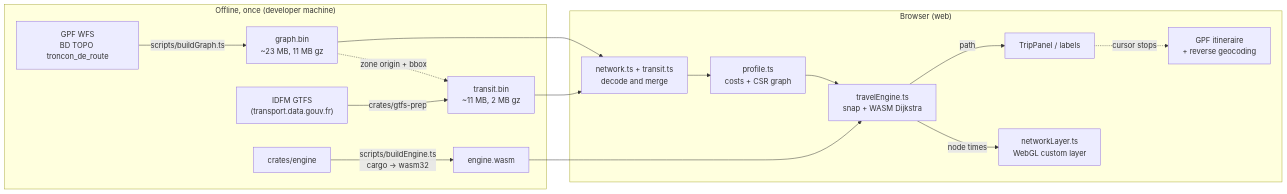
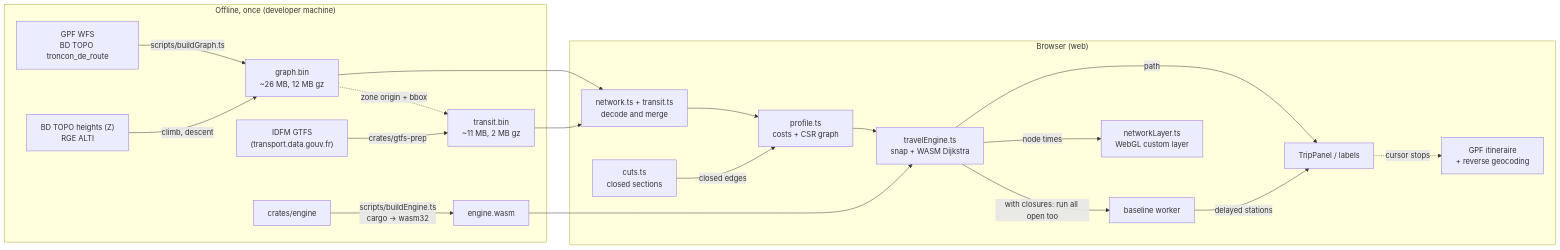
The first of 2 diagrams in docs/architecture.md (IGNF/geo-reach), drawn with Mermaid before and after one commit. The commit also changed other lines of this file and 64 other files, not shown here.

````diff
--- a/docs/architecture.md
+++ b/docs/architecture.md
@@ -9,21 +9,25 @@
 ```mermaid
 flowchart LR
   subgraph prep["Offline, once (developer machine)"]
-    WFS["GPF WFS<br/>BD TOPO troncon_de_route"] -->|scripts/buildGraph.ts| G[graph.bin<br/>~23 MB, 11 MB gz]
+    WFS["GPF WFS<br/>BD TOPO troncon_de_route"] -->|scripts/buildGraph.ts| G[graph.bin<br/>~26 MB, 12 MB gz]
+    Z["BD TOPO heights (Z)<br/>RGE ALTI"] -->|climb, descent| G
     GTFS["IDFM GTFS<br/>(transport.data.gouv.fr)"] -->|crates/gtfs-prep| T[transit.bin<br/>~11 MB, 2 MB gz]
     G -. zone origin + bbox .-> T
     RS[crates/engine] -->|scripts/buildEngine.ts<br/>cargo → wasm32| W[engine.wasm]
   end
 
   subgraph browser["Browser (web)"]
     L[network.ts + transit.ts<br/>decode and merge] --> P[profile.ts<br/>costs + CSR graph]
+    C[cuts.ts<br/>closed sections] -->|closed edges| P
     P --> E[travelEngine.ts<br/>snap + WASM Dijkstra]
+    E -->|with closures: run all open too| B[baseline worker]
+    B -->|delayed stations| UI
     E -->|node times| R[networkLayer.ts<br/>WebGL custom layer]
     E -->|path| UI[TripPanel / labels]
     UI -.cursor stops.-> GPF["GPF itineraire<br/>+ reverse geocoding"]
   end
 
   G --> L
   T --> L
   W --> E
 ```
````
